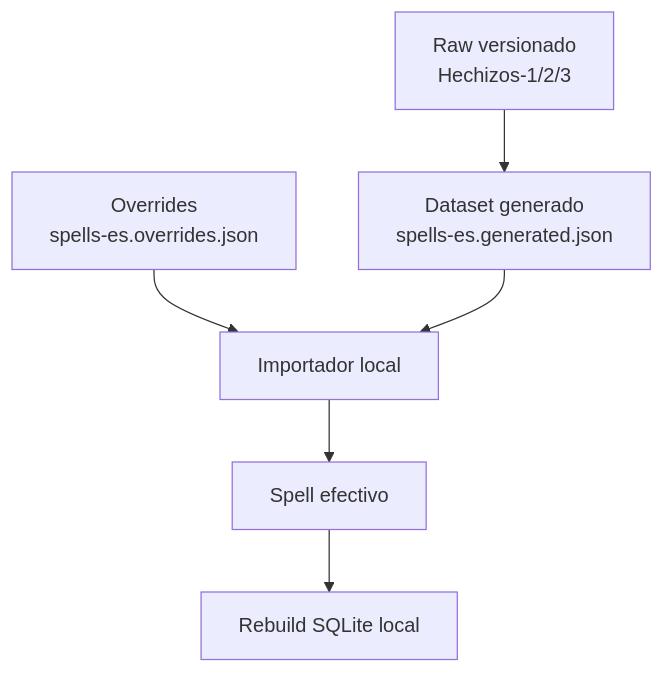
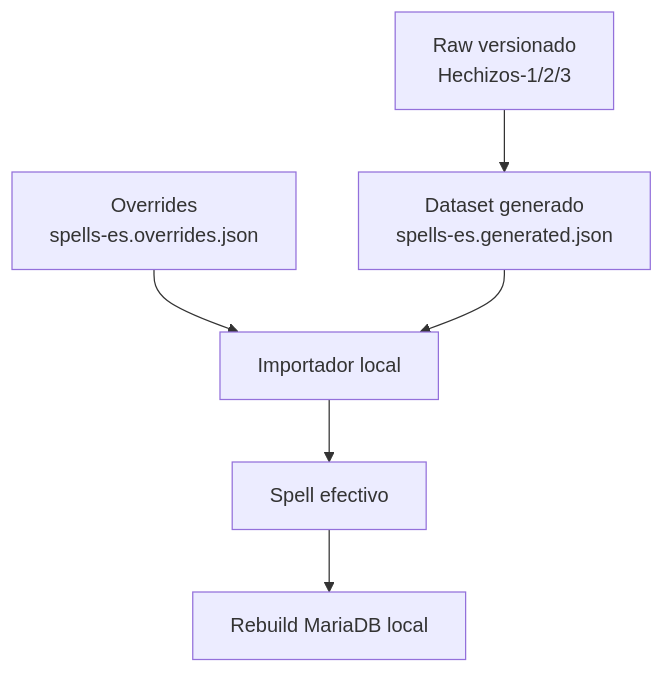
The second of 18 diagrams in docs/09-diagramas-flujos-secuencia.md (albertinizao/Grimorio-Pathfinder), drawn with Mermaid before and after one commit. The commit also changed other lines of this file and 52 other files, not shown here.

````diff
--- a/docs/09-diagramas-flujos-secuencia.md
+++ b/docs/09-diagramas-flujos-secuencia.md
@@ -84,11 +84,11 @@
 ```mermaid
 flowchart TD
   A[Raw versionado
 Hechizos-1/2/3] --> B[Dataset generado
 spells-es.generated.json]
   C[Overrides
 spells-es.overrides.json] --> D[Importador local]
   B --> D
   D --> E[Spell efectivo]
-  E --> F[Rebuild SQLite local]
+  E --> F[Rebuild MariaDB local]
 ```
````
